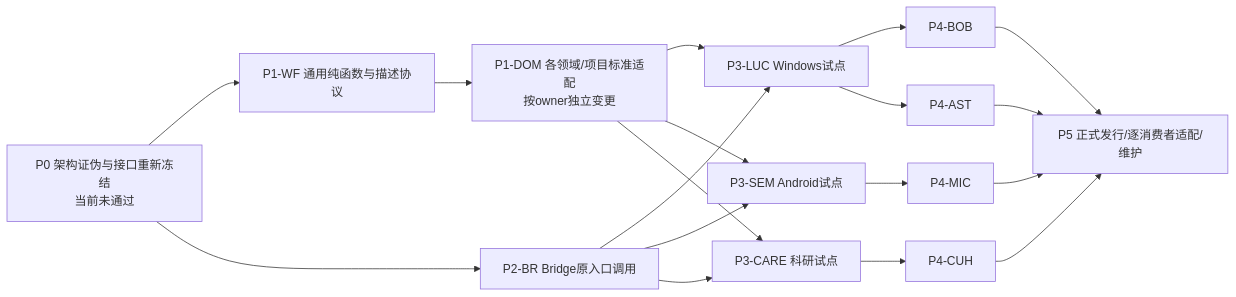
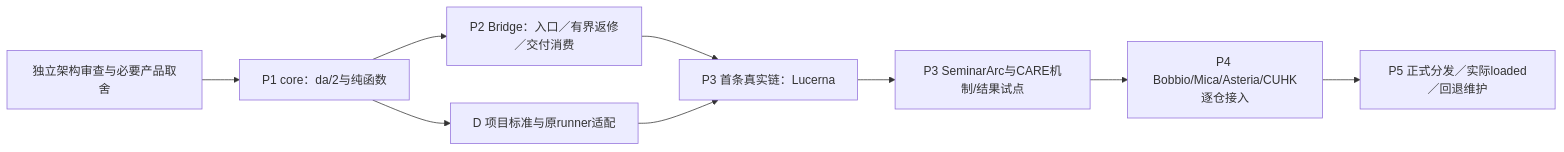
The diagram in docs/research/software-production/22_DELIVERY_ASSURANCE_GLOBAL_WORK_RESEARCH_20261022/WORK_OUTPUT/06_IMPLEMENTATION_AND_EVALUATION.md (YuukiAS/AI_Research_Toolkit), drawn with Mermaid before and after one commit. The commit also changed other lines of this file, not shown here.

Commit message:
research: replace open architecture P0 with bounded implementation contracts

````diff
--- a/docs/research/software-production/22_DELIVERY_ASSURANCE_GLOBAL_WORK_RESEARCH_20261022/WORK_OUTPUT/06_IMPLEMENTATION_AND_EVALUATION.md
+++ b/docs/research/software-production/22_DELIVERY_ASSURANCE_GLOBAL_WORK_RESEARCH_20261022/WORK_OUTPUT/06_IMPLEMENTATION_AND_EVALUATION.md
@@ -9,22 +7,11 @@
 ```mermaid
 flowchart LR
- P0["P0 架构证伪与接口重新冻结
-当前未通过"] --> P1["P1-WF 通用纯函数与描述协议"]
- P0 --> P2["P2-BR Bridge原入口调用"]
- P1 --> D["P1-DOM 各领域/项目标准适配
-按owner独立变更"]
- P2 --> L["P3-LUC Windows试点"]
- D --> L
- P2 --> S["P3-SEM Android试点"]
- D --> S
- P2 --> C["P3-CARE 科研试点"]
- D --> C
- L --> B["P4-BOB"]
- S --> M["P4-MIC"]
- L --> A["P4-AST"]
- C --> U["P4-CUH"]
- B --> R["P5 正式发行/逐消费者适配/维护"]
- M --> R
- A --> R
- U --> R
+ R["独立架构审查与必要产品取舍"] --> C["P1 core：da/2与纯函数"]
+ C --> B["P2 Bridge：入口／有界返修／交付消费"]
+ C --> D["D 项目标准与原runner适配"]
+ B --> A["P3 首条真实链：Lucerna"]
+ D --> A
+ A --> S["P3 SeminarArc与CARE机制/结果试点"]
+ S --> O["P4 Bobbio/Mica/Asteria/CUHK逐仓接入"]
+ O --> L["P5 正式分发／实际loaded／回退维护"]
 ```
````
